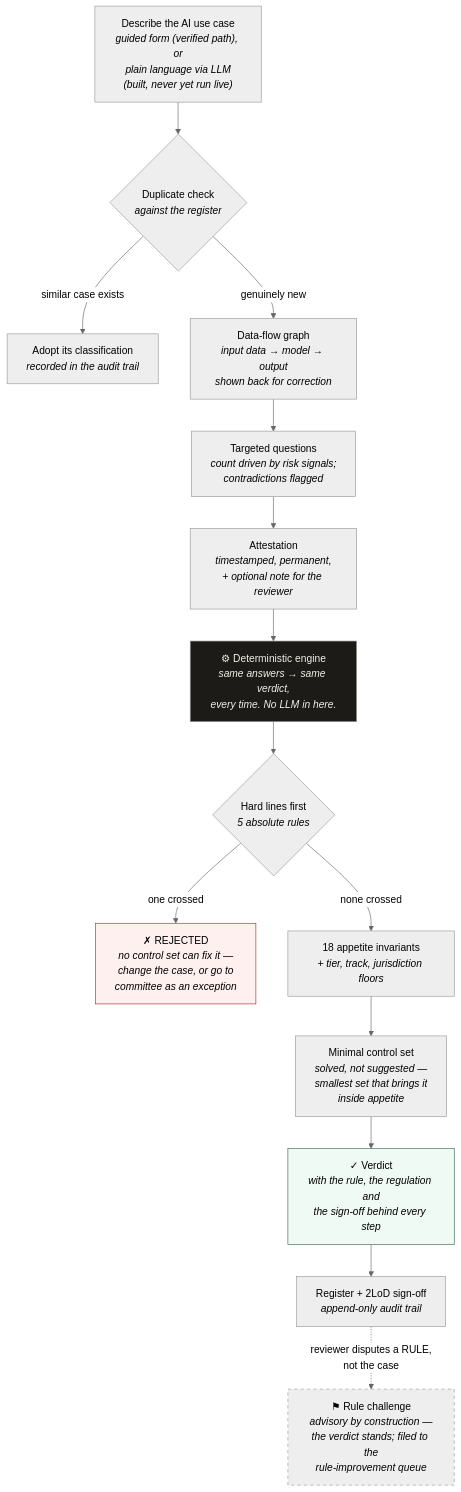
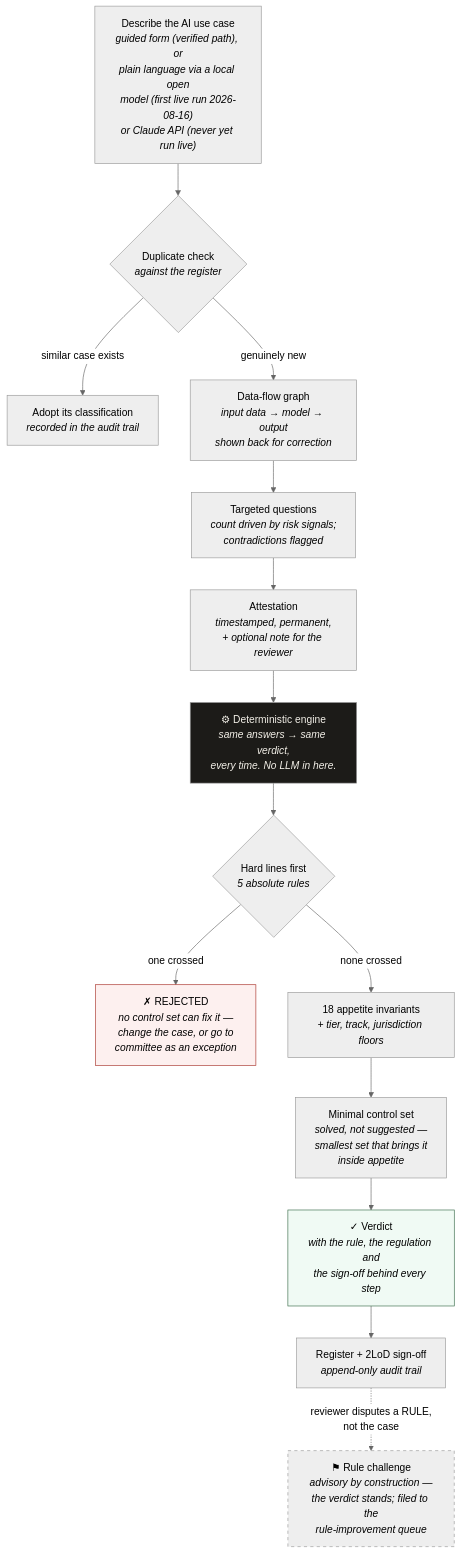
The first of 2 diagrams in README.md (oza977-max/ai-raf-precheck), drawn with Mermaid (neutral theme) before and after one commit. The commit also changed other lines of this file and 15 other files, not shown here.

First line of the commit message:
feat: plain-language intake on a free local model — and its first live run [v0.5.0]

````diff
--- a/README.md
+++ b/README.md
@@ -40,22 +40,22 @@
 ```mermaid
 flowchart TD
-    A["Describe the AI use case<br/><i>guided form (verified path), or<br/>plain language via LLM<br/>(built, never yet run live)</i>"] --> B{"Duplicate check<br/><i>against the register</i>"}
+    A["Describe the AI use case<br/><i>guided form (verified path), or<br/>plain language via a local open<br/>model (first live run 2026-08-16)<br/>or Claude API (never yet run live)</i>"] --> B{"Duplicate check<br/><i>against the register</i>"}
     B -->|"similar case exists"| B1["Adopt its classification<br/><i>recorded in the audit trail</i>"]
     B -->|"genuinely new"| C["Data-flow graph<br/><i>input data → model → output</i><br/><i>shown back for correction</i>"]
     C --> D["Targeted questions<br/><i>count driven by risk signals;<br/>contradictions flagged</i>"]
     D --> E["Attestation<br/><i>timestamped, permanent,<br/>+ optional note for the reviewer</i>"]
     E --> F["⚙ Deterministic engine<br/><i>same answers → same verdict,<br/>every time. No LLM in here.</i>"]
 
     F --> G{"Hard lines first<br/><i>5 absolute rules</i>"}
     G -->|"one crossed"| H["✗ REJECTED<br/><i>no control set can fix it —<br/>change the case, or go to<br/>committee as an exception</i>"]
     G -->|"none crossed"| I["18 appetite invariants<br/><i>+ tier, track, jurisdiction floors</i>"]
     I --> J["Minimal control set<br/><i>solved, not suggested —<br/>smallest set that brings it<br/>inside appetite</i>"]
     J --> K["✓ Verdict<br/><i>with the rule, the regulation and<br/>the sign-off behind every step</i>"]
     K --> L["Register + 2LoD sign-off<br/><i>append-only audit trail</i>"]
     L -.->|"reviewer disputes a RULE,<br/>not the case"| M["⚑ Rule challenge<br/><i>advisory by construction —<br/>the verdict stands; filed to the<br/>rule-improvement queue</i>"]
 
     style F fill:#1c1b18,color:#f3f0e8
     style M stroke-dasharray: 5 5
     style H fill:#fdf0ef,stroke:#a8322a
     style K fill:#f0faf4,stroke:#3a6b4a
 ```
````
